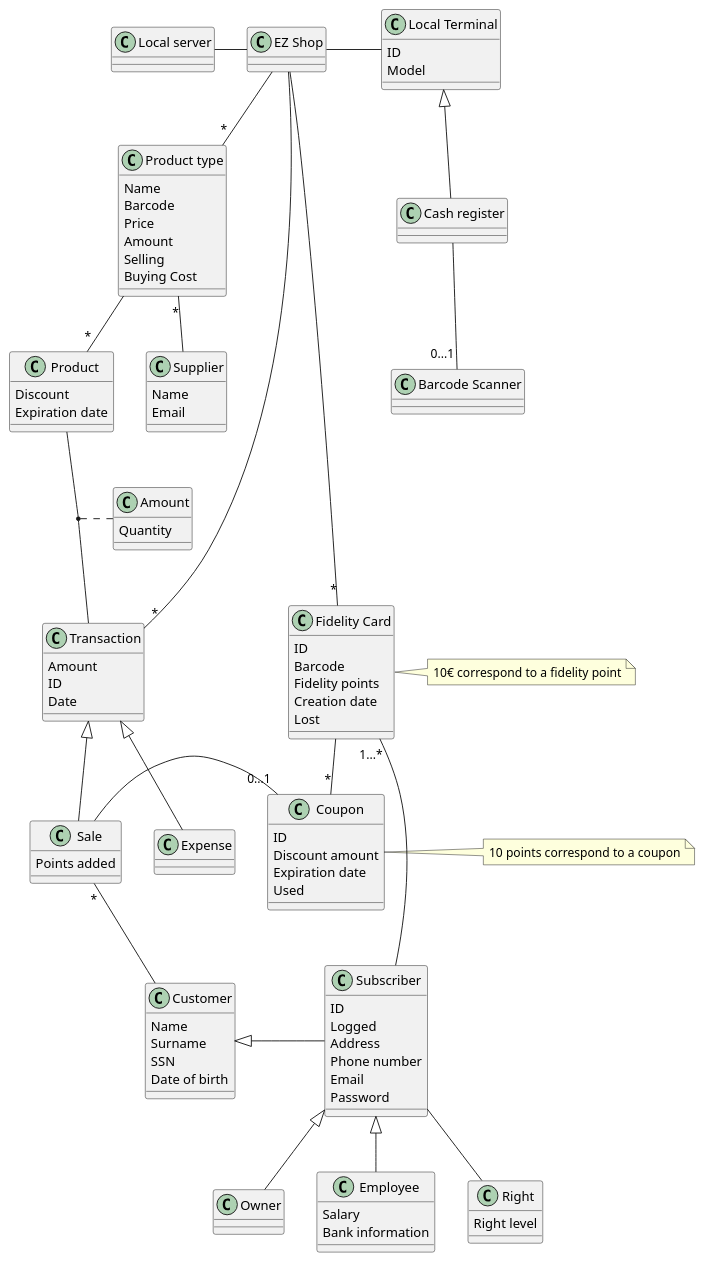
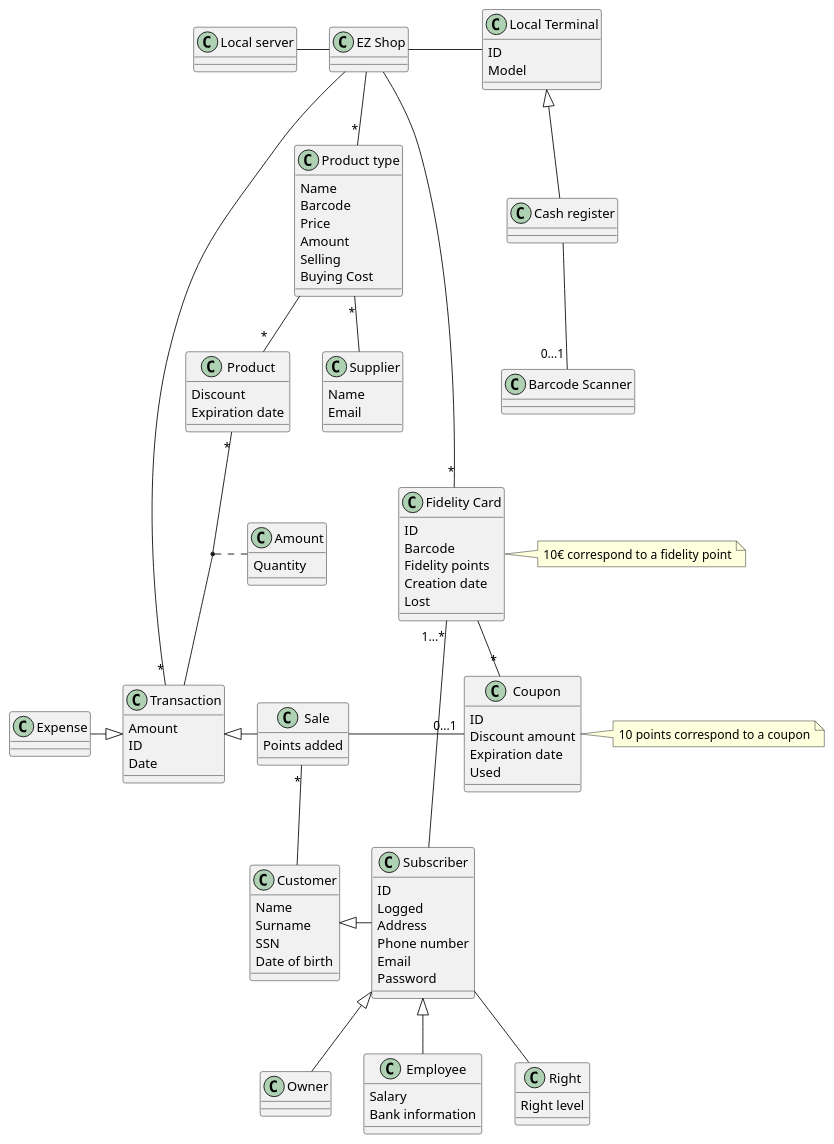
The fifth of 7 diagrams in Deliverables/RequirementsDocument.md (nicolabattaglino/ezshop), drawn with PlantUML before and after one commit.

Commit message:
update: association between product and transaction in the glossary

```diff
--- a/Deliverables/RequirementsDocument.md
+++ b/Deliverables/RequirementsDocument.md
@@ -864,10 +864,6 @@
 Email
 }
 
-
-
-
-
 note right of coupon : 10 points correspond to a coupon 
 note right of fidelityCard :10€ correspond to a fidelity point
 
@@ -884,11 +880,12 @@
 
 EZShop -- "*"transaction
 customer <|- subscriber
-transaction <|-- sale
-transaction <|-- expense
+transaction <|- sale
+expense -|> transaction
 fidelityCard --"*" coupon 
 sale - "0...1" coupon
 sale "*"-- customer
+product "*" -- transaction
 (product,transaction). amount
 LT <|-- cashRegister
 cashRegister --"0...1" barcodeReader
```
